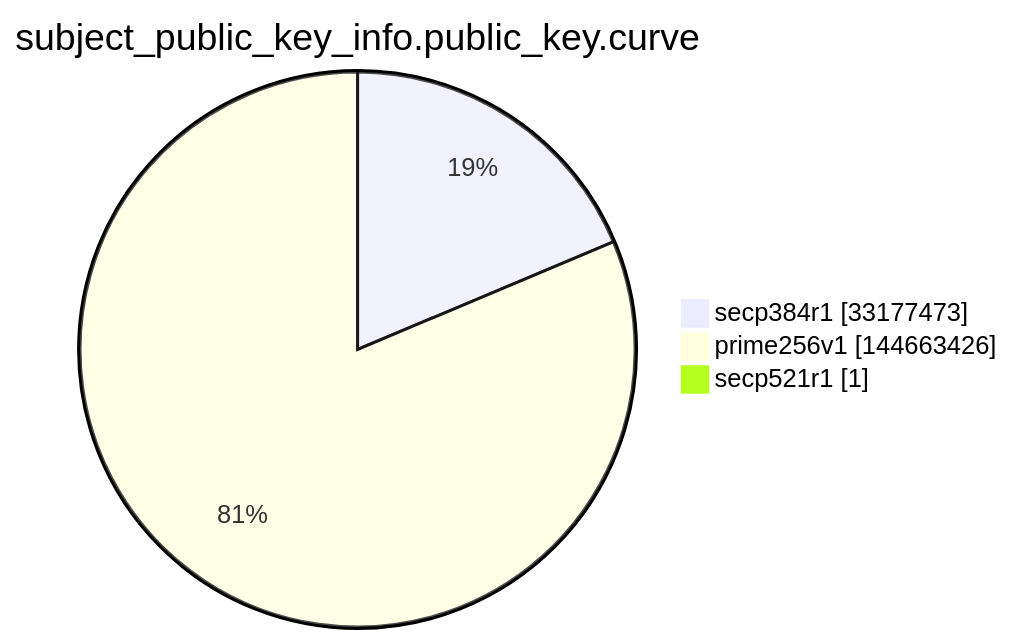
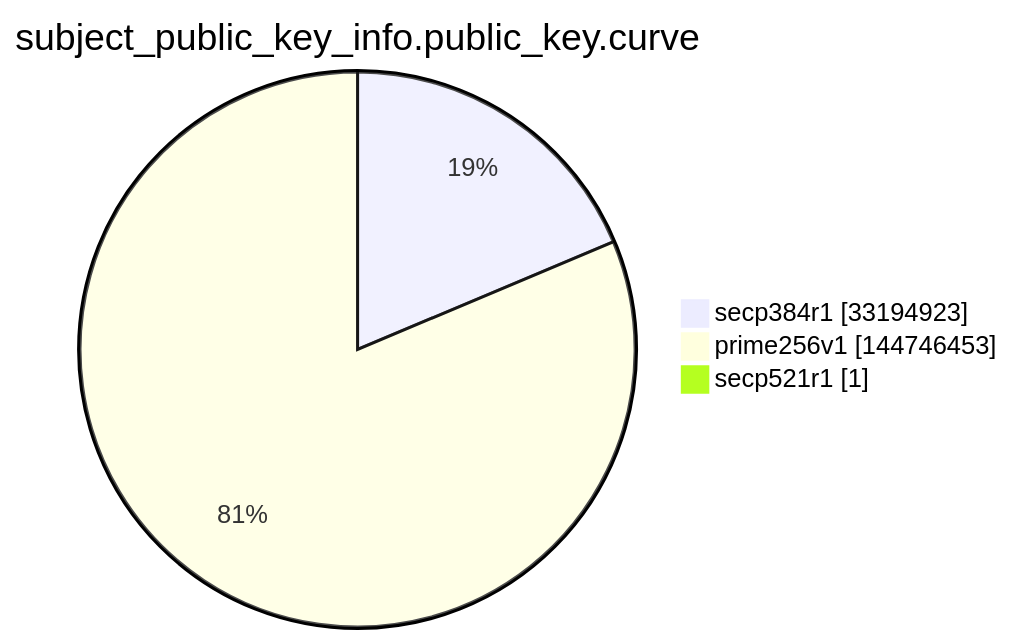
The ninth of 15 diagrams in argon2022/README.md (christiankrug/ctmonitor_visualization), drawn with Mermaid before and after one commit. The commit also changed other lines of this file, not shown here.

````diff
--- a/argon2022/README.md
+++ b/argon2022/README.md
@@ -2764,7 +2764,7 @@
 ```mermaid
 pie showData
 title subject_public_key_info.public_key.curve
-"secp384r1" :33177473
-"prime256v1" :144663426
+"secp384r1" :33194923
+"prime256v1" :144746453
 "secp521r1" :1
 ```
````
